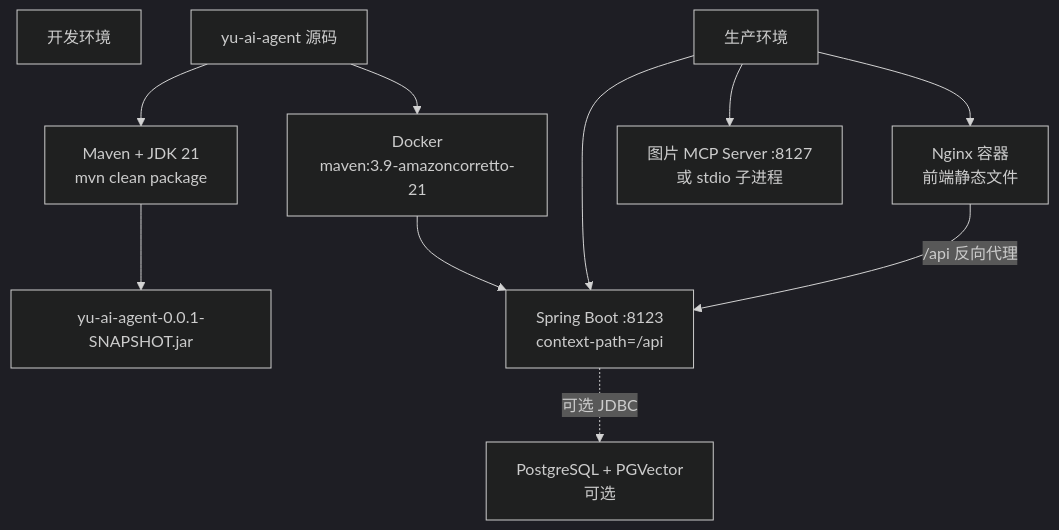
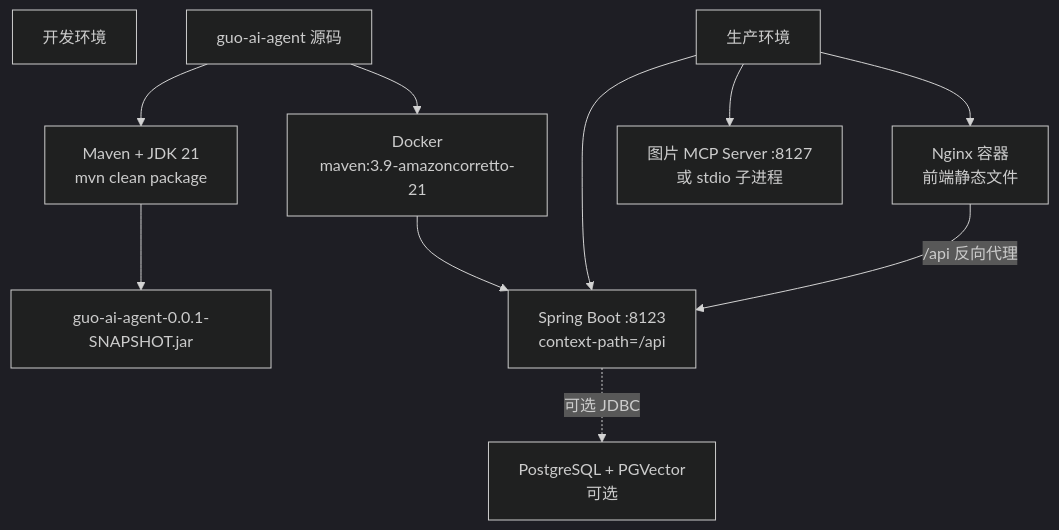
Before and after one commit to carryxiaoguo/ai-agent-langchain4j-SpringAI: the seventh of 7 diagrams in docs/架构图.md, drawn with Mermaid (dark theme). The commit also changed other lines of this file and 37 other files, not shown here.

````diff
--- a/docs/架构图.md
+++ b/docs/架构图.md
@@ -264,21 +264,21 @@
 ```mermaid
 flowchart TB
     dev["开发环境"]
     prod["生产环境"]
-    source["yu-ai-agent 源码"]
+    source["guo-ai-agent 源码"]
     maven["Maven + JDK 21<br/>mvn clean package"]
-    jar["yu-ai-agent-0.0.1-SNAPSHOT.jar"]
+    jar["guo-ai-agent-0.0.1-SNAPSHOT.jar"]
     docker["Docker<br/>maven:3.9-amazoncorretto-21"]
     nginx["Nginx 容器<br/>前端静态文件"]
     api["Spring Boot :8123<br/>context-path=/api"]
     mcpServer["图片 MCP Server :8127<br/>或 stdio 子进程"]
     pg["PostgreSQL + PGVector<br/>可选"]
 
     source --> maven --> jar
     source --> docker --> api
     prod --> nginx
     prod --> api
     prod --> mcpServer
     api -.可选 JDBC.-> pg
     nginx -->|/api 反向代理| api
 ```
````
